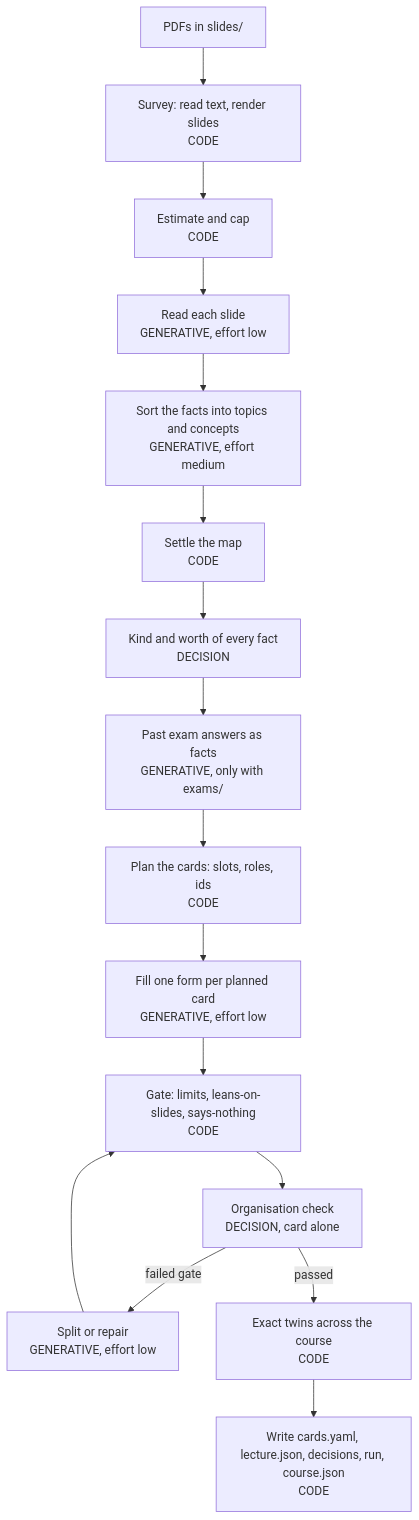
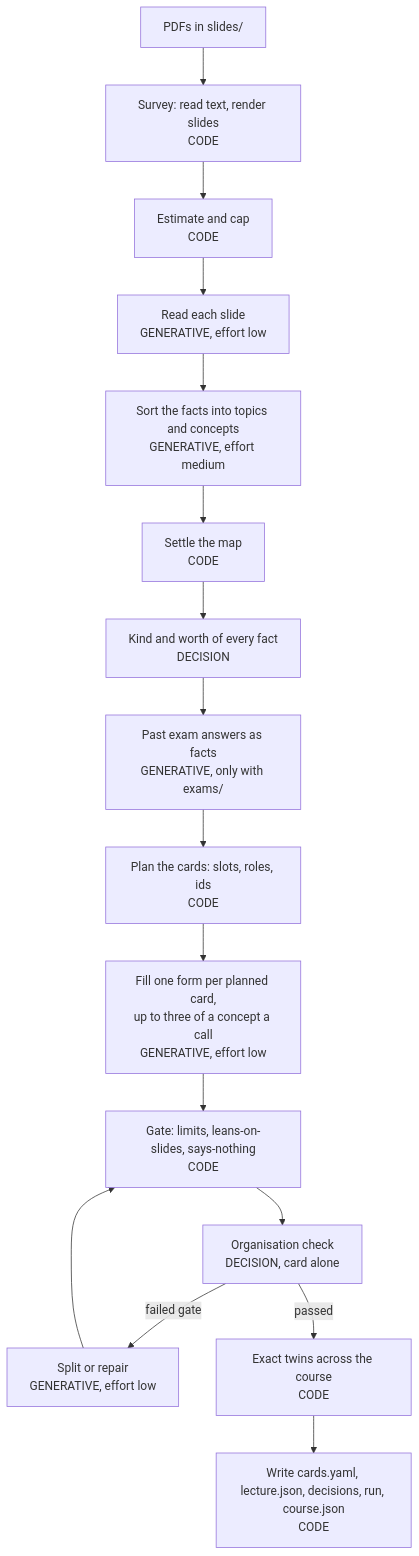
Before and after one commit to stegra05/Lectern: the first of 2 diagrams in docs/architecture.md, drawn with Mermaid. The commit also changed other lines of this file and 11 other files, not shown here.

First line of the commit message:
perf(engine): a writing call fills up to three cards of a concept and sees only their pictures

````diff
--- a/docs/architecture.md
+++ b/docs/architecture.md
@@ -106,18 +106,18 @@
 ```mermaid
 flowchart TD
   A[PDFs in slides/] --> S1[Survey: read text, render slides<br/>CODE]
   S1 --> E[Estimate and cap<br/>CODE]
   E --> R[Read each slide<br/>GENERATIVE, effort low]
   R --> M[Sort the facts into topics and concepts<br/>GENERATIVE, effort medium]
   M --> T[Settle the map<br/>CODE]
   T --> K[Kind and worth of every fact<br/>DECISION]
   K --> X[Past exam answers as facts<br/>GENERATIVE, only with exams/]
   X --> PL[Plan the cards: slots, roles, ids<br/>CODE]
-  PL --> F[Fill one form per planned card<br/>GENERATIVE, effort low]
+  PL --> F[Fill one form per planned card,<br/>up to three of a concept a call<br/>GENERATIVE, effort low]
   F --> G[Gate: limits, leans-on-slides, says-nothing<br/>CODE]
   G --> O[Organisation check<br/>DECISION, card alone]
   O -->|failed gate| RS[Split or repair<br/>GENERATIVE, effort low]
   RS --> G
   O -->|passed| CL[Exact twins across the course<br/>CODE]
   CL --> W[Write cards.yaml, lecture.json, decisions, run, course.json<br/>CODE]
 ```
````
